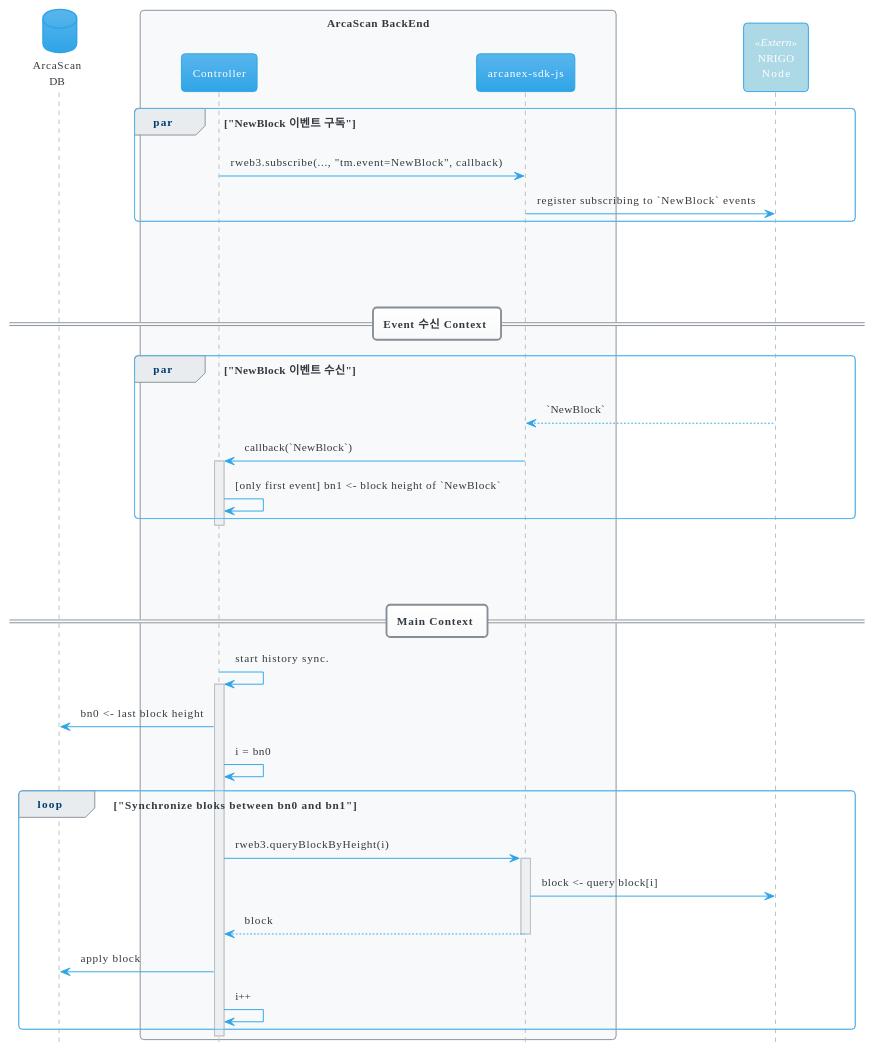
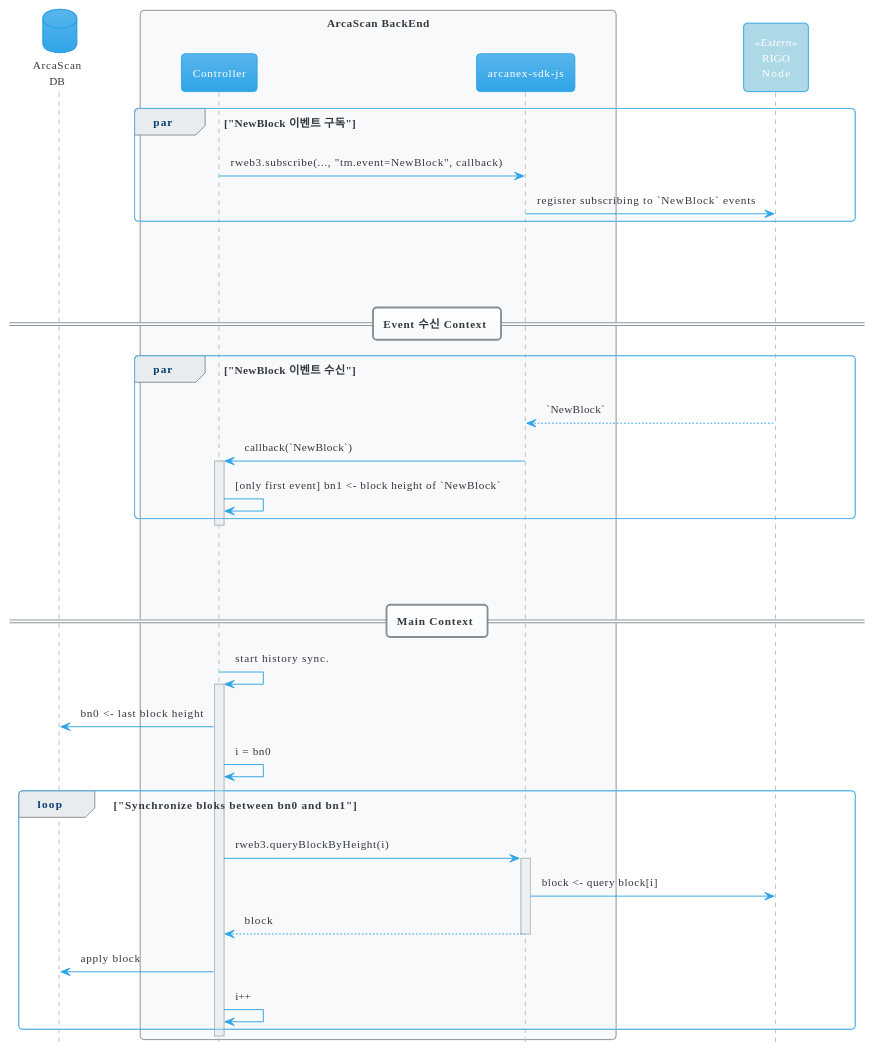
The third of 3 diagrams in documents/docs/examples/explorer/srs.md (rigochain/rigo-sdk-js), drawn with PlantUML before and after one commit. The commit also changed other lines of this file and 15 other files, not shown here.

````diff
--- a/documents/docs/examples/explorer/srs.md
+++ b/documents/docs/examples/explorer/srs.md
@@ -279,53 +279,53 @@
 ```plantuml
 @startuml
 
 !theme cerulean
 hide footbox
 skinparam ArrowThickness 1
 skinparam BackgroundColor white
 skinparam participant<<Extern>> {
   BackgroundColor lightblue
 }
 
 database "ArcaScan\nDB" as db
 box "ArcaScan BackEnd"
 participant "Controller" as be
 participant "arcanex-sdk-js" as sdk
 end box
-participant "NRIGO\nNode" as node<<Extern>>
+participant "RIGO\nNode" as node<<Extern>>
 
 par "NewBlock 이벤트 구독"
 be -> sdk: rweb3.subscribe(..., "tm.event=NewBlock", callback)
 sdk -> node: register subscribing to `NewBlock` events
 end
 |||
 |||
 |||
 == Event 수신 Context ==
 par "NewBlock 이벤트 수신"
     node ---> sdk: `NewBlock`
     sdk -> be: callback(`NewBlock`)
     activate be
         be -> be : [only first event] bn1 <- block height of `NewBlock` 
 end par
     deactivate
 |||
 |||
 |||
 == Main Context ==
 be -> be: start history sync.
 activate be
     be -> db: bn0 <- last block height
     be -> be: i = bn0
     loop "Synchronize bloks between bn0 and bn1"
         be -> sdk: rweb3.queryBlockByHeight(i)
         activate sdk
             sdk -> node: block <- query block[i]
         return block
         be -> db: apply block
     be -> be: i++
     end loop
 deactivate be
 
 @enduml
 ```
````
